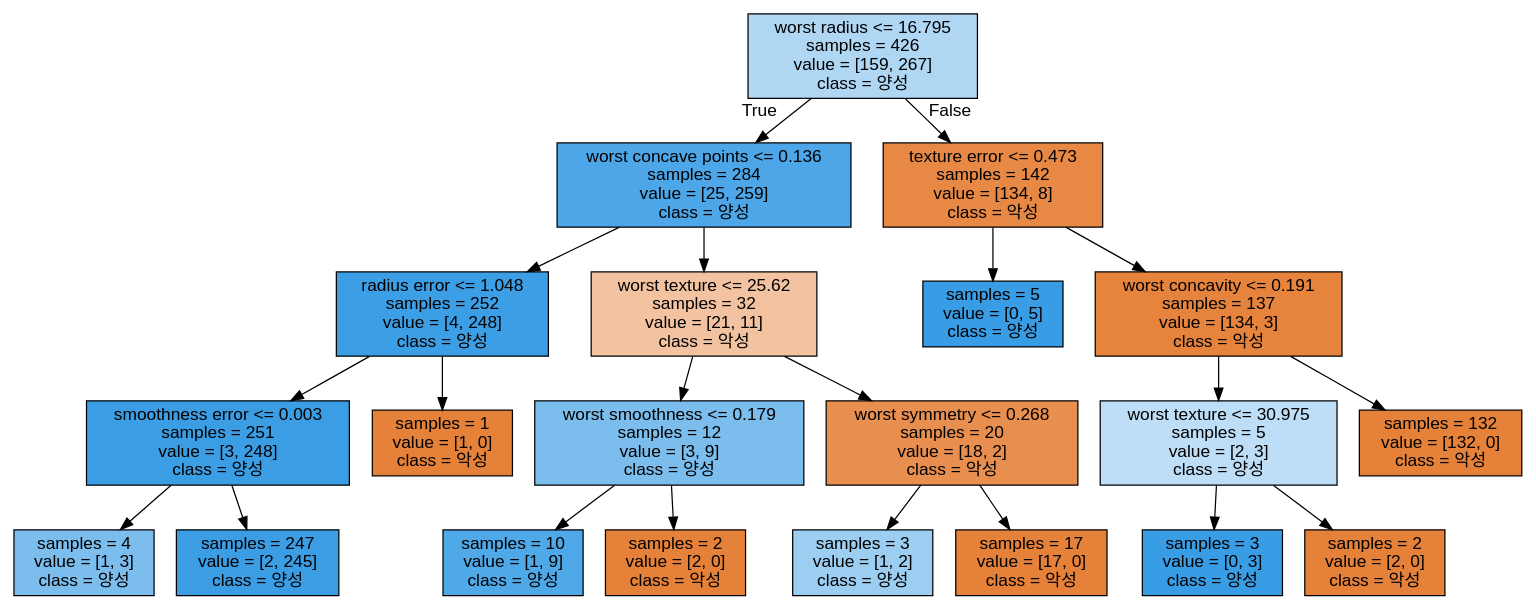
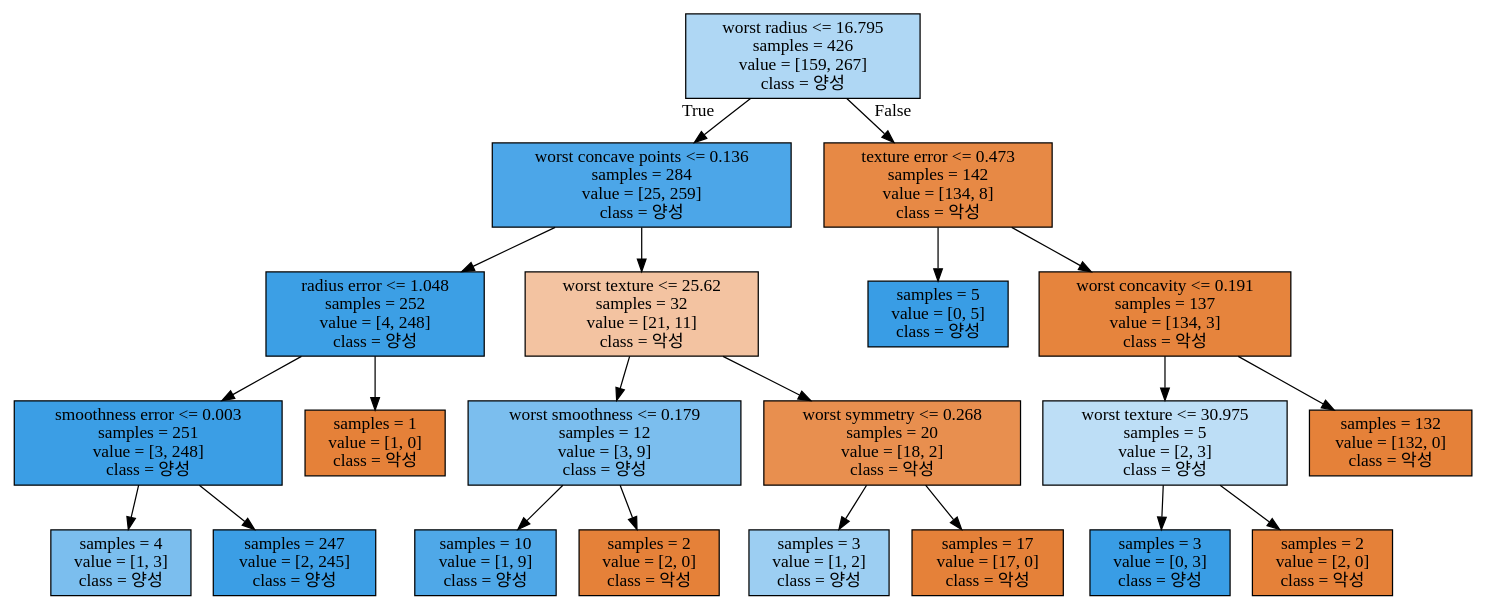
One commit to BLINK-ONCE/Introduction-to-ML-with-Python changed the diagram in tree.dot. Above: the diagram before and after it, drawn with Graphviz. The commit also changed 3 other files, not shown here.

```diff
--- a/tree.dot
+++ b/tree.dot
@@ -1,45 +1,44 @@
 digraph Tree {
-node [shape=box, style="filled", color="black", fontname="helvetica"] ;
-edge [fontname="helvetica"] ;
+node [shape=box, style="filled", color="black"] ;
 0 [label="worst radius <= 16.795\nsamples = 426\nvalue = [159, 267]\nclass = 양성", fillcolor="#afd7f4"] ;
 1 [label="worst concave points <= 0.136\nsamples = 284\nvalue = [25, 259]\nclass = 양성", fillcolor="#4ca6e8"] ;
 0 -> 1 [labeldistance=2.5, labelangle=45, headlabel="True"] ;
 2 [label="radius error <= 1.048\nsamples = 252\nvalue = [4, 248]\nclass = 양성", fillcolor="#3c9fe5"] ;
 1 -> 2 ;
 3 [label="smoothness error <= 0.003\nsamples = 251\nvalue = [3, 248]\nclass = 양성", fillcolor="#3b9ee5"] ;
 2 -> 3 ;
 4 [label="samples = 4\nvalue = [1, 3]\nclass = 양성", fillcolor="#7bbeee"] ;
 3 -> 4 ;
 5 [label="samples = 247\nvalue = [2, 245]\nclass = 양성", fillcolor="#3b9ee5"] ;
 3 -> 5 ;
 6 [label="samples = 1\nvalue = [1, 0]\nclass = 악성", fillcolor="#e58139"] ;
 2 -> 6 ;
 7 [label="worst texture <= 25.62\nsamples = 32\nvalue = [21, 11]\nclass = 악성", fillcolor="#f3c3a1"] ;
 1 -> 7 ;
 8 [label="worst smoothness <= 0.179\nsamples = 12\nvalue = [3, 9]\nclass = 양성", fillcolor="#7bbeee"] ;
 7 -> 8 ;
 9 [label="samples = 10\nvalue = [1, 9]\nclass = 양성", fillcolor="#4fa8e8"] ;
 8 -> 9 ;
 10 [label="samples = 2\nvalue = [2, 0]\nclass = 악성", fillcolor="#e58139"] ;
 8 -> 10 ;
 11 [label="worst symmetry <= 0.268\nsamples = 20\nvalue = [18, 2]\nclass = 악성", fillcolor="#e88f4f"] ;
 7 -> 11 ;
 12 [label="samples = 3\nvalue = [1, 2]\nclass = 양성", fillcolor="#9ccef2"] ;
 11 -> 12 ;
 13 [label="samples = 17\nvalue = [17, 0]\nclass = 악성", fillcolor="#e58139"] ;
 11 -> 13 ;
 14 [label="texture error <= 0.473\nsamples = 142\nvalue = [134, 8]\nclass = 악성", fillcolor="#e78945"] ;
 0 -> 14 [labeldistance=2.5, labelangle=-45, headlabel="False"] ;
 15 [label="samples = 5\nvalue = [0, 5]\nclass = 양성", fillcolor="#399de5"] ;
 14 -> 15 ;
 16 [label="worst concavity <= 0.191\nsamples = 137\nvalue = [134, 3]\nclass = 악성", fillcolor="#e6843d"] ;
 14 -> 16 ;
 17 [label="worst texture <= 30.975\nsamples = 5\nvalue = [2, 3]\nclass = 양성", fillcolor="#bddef6"] ;
 16 -> 17 ;
 18 [label="samples = 3\nvalue = [0, 3]\nclass = 양성", fillcolor="#399de5"] ;
 17 -> 18 ;
 19 [label="samples = 2\nvalue = [2, 0]\nclass = 악성", fillcolor="#e58139"] ;
 17 -> 19 ;
 20 [label="samples = 132\nvalue = [132, 0]\nclass = 악성", fillcolor="#e58139"] ;
 16 -> 20 ;
 }
```
